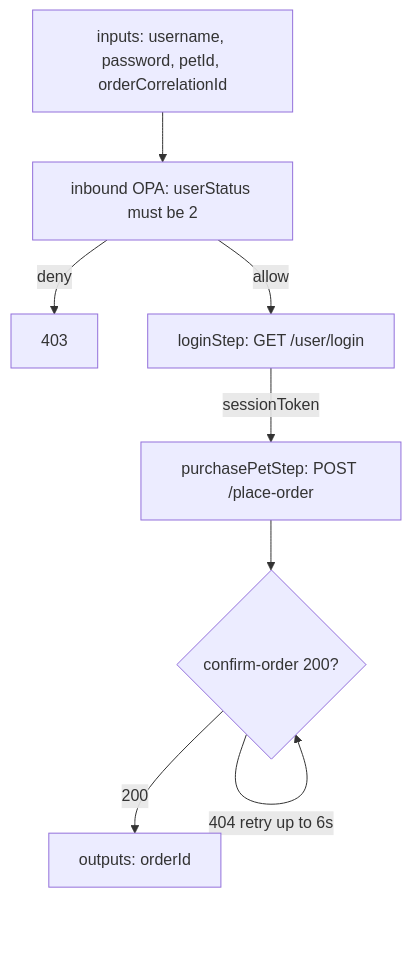
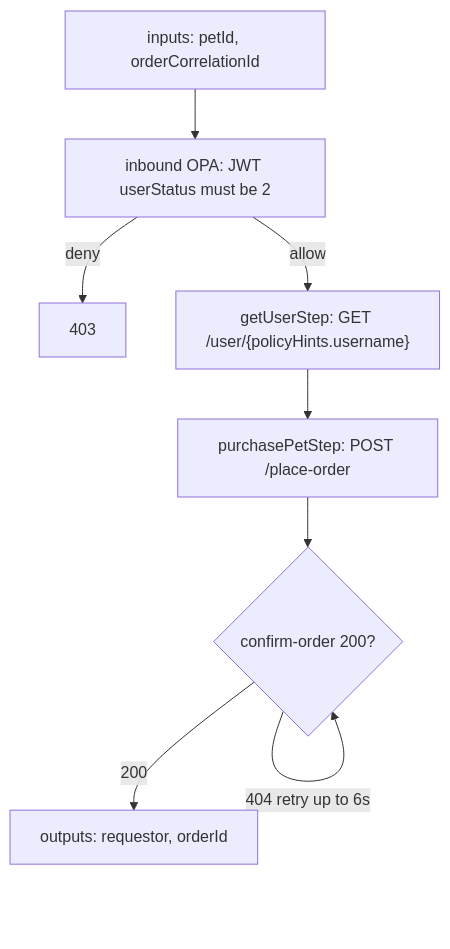
The fifth of 9 diagrams in examples/petstore/README.md (mevansam/context-mesh-engine), drawn with Mermaid before and after one commit. The commit also changed other lines of this file and 30 other files, not shown here.

````diff
--- a/examples/petstore/README.md
+++ b/examples/petstore/README.md
@@ -268,18 +304,18 @@
 ```mermaid
 flowchart TB
-  IN["inputs: username, password, petId, orderCorrelationId"]
-  POL["inbound OPA: userStatus must be 2"]
+  IN["inputs: petId, orderCorrelationId"]
+  POL["inbound OPA: JWT userStatus must be 2"]
   DENY["403"]
-  L["loginStep: GET /user/login"]
+  U["getUserStep: GET /user/{policyHints.username}"]
   PL["purchasePetStep: POST /place-order"]
   CF{"confirm-order 200?"}
-  OUT["outputs: orderId"]
+  OUT["outputs: requestor, orderId"]
 
   IN --> POL
   POL -->|deny| DENY
-  POL -->|allow| L
-  L -->|"sessionToken"| PL
+  POL -->|allow| U
+  U --> PL
   PL --> CF
   CF -->|404 retry up to 6s| CF
   CF -->|200| OUT
 ```
````
